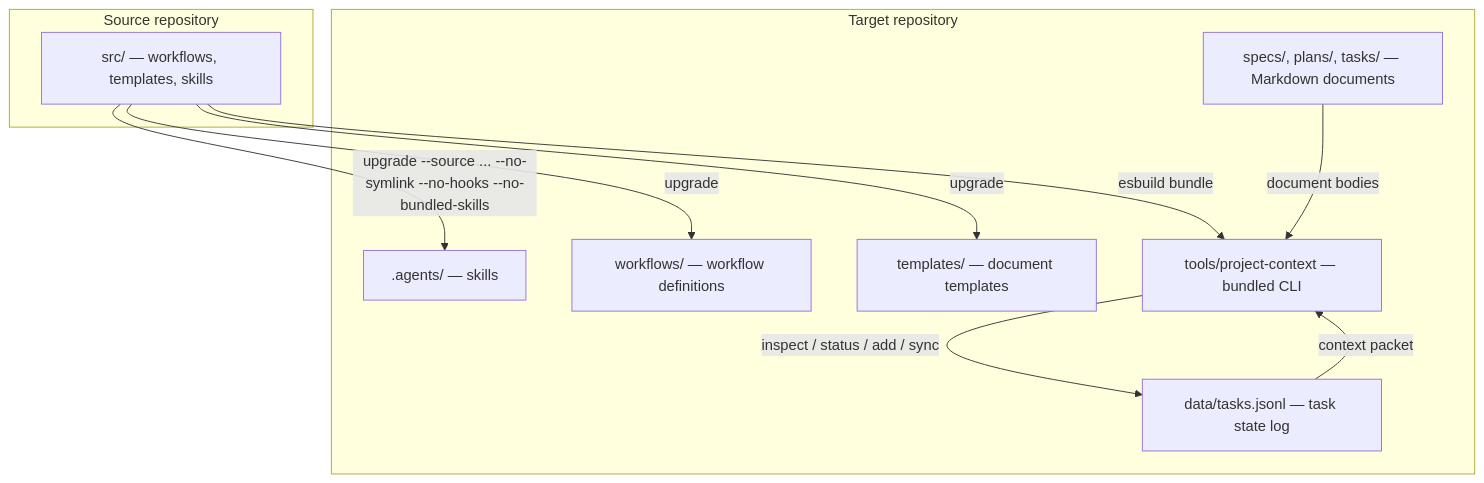
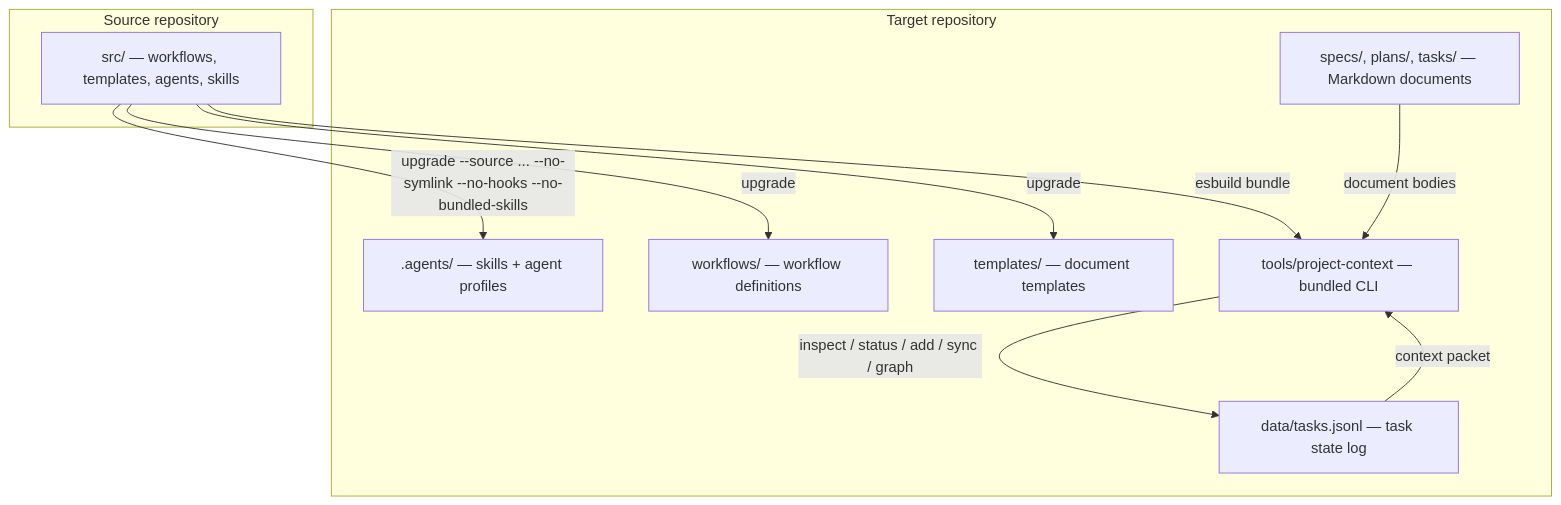
Before and after one commit to bperin/project-context: the first of 4 diagrams in README.md, drawn with Mermaid. The commit also changed other lines of this file, not shown here.

First line of the commit message:
Update README for JSONL model, pc-* skills, and linear workflows

````diff
--- a/README.md
+++ b/README.md
@@ -44,24 +44,24 @@
 ```mermaid
 graph TD
     subgraph "Source repository"
-        SRC[src/ — workflows, templates, skills]
+        SRC[src/ — workflows, templates, agents, skills]
     end
 
     subgraph "Target repository"
         DATA[data/tasks.jsonl — task state log]
         DOCS[specs/, plans/, tasks/ — Markdown documents]
-        AGENTS[.agents/ — skills]
+        AGENTS[.agents/ — skills + agent profiles]
         WF[workflows/ — workflow definitions]
         TEMPLATES[templates/ — document templates]
         BIN[tools/project-context — bundled CLI]
     end
 
     SRC -->|"upgrade --source ... --no-symlink --no-hooks --no-bundled-skills"| AGENTS
     SRC -->|upgrade| WF
     SRC -->|upgrade| TEMPLATES
     SRC -->|"esbuild bundle"| BIN
 
     DATA -->|context packet| BIN
     DOCS -->|document bodies| BIN
-    BIN -->|inspect / status / add / sync| DATA
+    BIN -->|inspect / status / add / sync / graph| DATA
 ```
````
